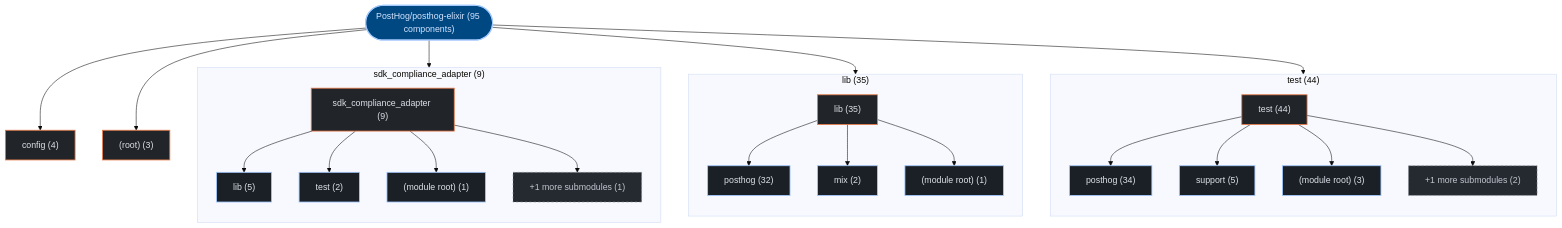
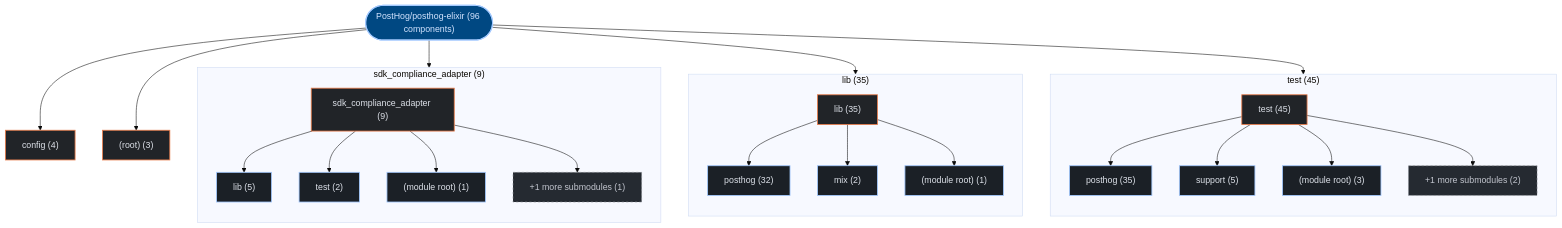
The first of 3 diagrams in exports/latest/reports/PostHog-posthog-elixir-report.md (kumarshaz/atruss-code-atlas), drawn with Mermaid (base theme) before and after one commit. The commit also changed other lines of this file and 33 other files, not shown here.

````diff
--- a/exports/latest/reports/PostHog-posthog-elixir-report.md
+++ b/exports/latest/reports/PostHog-posthog-elixir-report.md
@@ -42,53 +42,53 @@
 ```mermaid
 graph TD;
     %% title: Building Block View — PostHog/posthog-elixir
   classDef atlasRoot fill:#004882,stroke:#a3c9ff,stroke-width:2px,color:#d3e4ff
   classDef atlasCategory fill:#212428,stroke:#E87A48,stroke-width:1.5px,color:#dfe3eb
   classDef atlasWorkflow fill:#1b2026,stroke:#a3c9ff,stroke-width:1.5px,color:#dfe3eb
   classDef atlasJob fill:#171c22,stroke:#8d9199,stroke-width:1px,color:#dfe3eb
   classDef atlasTarget fill:#005227,stroke:#8bd99b,stroke-width:1.5px,color:#a7f6b6
   classDef atlasAlert fill:#93000a,stroke:#ffb4ab,stroke-width:1.5px,color:#ffdad6
   classDef atlasMore fill:#252a31,stroke:#8d9199,stroke-dasharray:4 4,color:#c3c6cf
-    repo_root(["PostHog/posthog-elixir (95 components)"]):::atlasRoot
-    subgraph sg_dir_0_test["test (44)"]
+    repo_root(["PostHog/posthog-elixir (96 components)"]):::atlasRoot
+    subgraph sg_dir_0_test["test (45)"]
       direction TB
-      dir_0_test["test (44)"]:::atlasCategory
-      sub_0_0_posthog["posthog (34)"]:::atlasWorkflow
+      dir_0_test["test (45)"]:::atlasCategory
+      sub_0_0_posthog["posthog (35)"]:::atlasWorkflow
       dir_0_test --> sub_0_0_posthog
       sub_0_1_support["support (5)"]:::atlasWorkflow
       dir_0_test --> sub_0_1_support
       sub_0_2__module_root_["(module root) (3)"]:::atlasWorkflow
       dir_0_test --> sub_0_2__module_root_
       sub_0_more["+1 more submodules (2)"]:::atlasMore
       dir_0_test --> sub_0_more
     end
     repo_root --> dir_0_test
     subgraph sg_dir_1_lib["lib (35)"]
       direction TB
       dir_1_lib["lib (35)"]:::atlasCategory
       sub_1_0_posthog["posthog (32)"]:::atlasWorkflow
       dir_1_lib --> sub_1_0_posthog
       sub_1_1_mix["mix (2)"]:::atlasWorkflow
       dir_1_lib --> sub_1_1_mix
       sub_1_2__module_root_["(module root) (1)"]:::atlasWorkflow
       dir_1_lib --> sub_1_2__module_root_
     end
     repo_root --> dir_1_lib
     subgraph sg_dir_2_sdk_compliance_adapter["sdk_compliance_adapter (9)"]
       direction TB
       dir_2_sdk_compliance_adapter["sdk_compliance_adapter (9)"]:::atlasCategory
       sub_2_0_lib["lib (5)"]:::atlasWorkflow
       dir_2_sdk_compliance_adapter --> sub_2_0_lib
       sub_2_1_test["test (2)"]:::atlasWorkflow
       dir_2_sdk_compliance_adapter --> sub_2_1_test
       sub_2_2__module_root_["(module root) (1)"]:::atlasWorkflow
       dir_2_sdk_compliance_adapter --> sub_2_2__module_root_
       sub_2_more["+1 more submodules (1)"]:::atlasMore
       dir_2_sdk_compliance_adapter --> sub_2_more
     end
     repo_root --> dir_2_sdk_compliance_adapter
     dir_3_config["config (4)"]:::atlasCategory
     repo_root --> dir_3_config
     dir_4__root_["(root) (3)"]:::atlasCategory
     repo_root --> dir_4__root_
 ```
````
